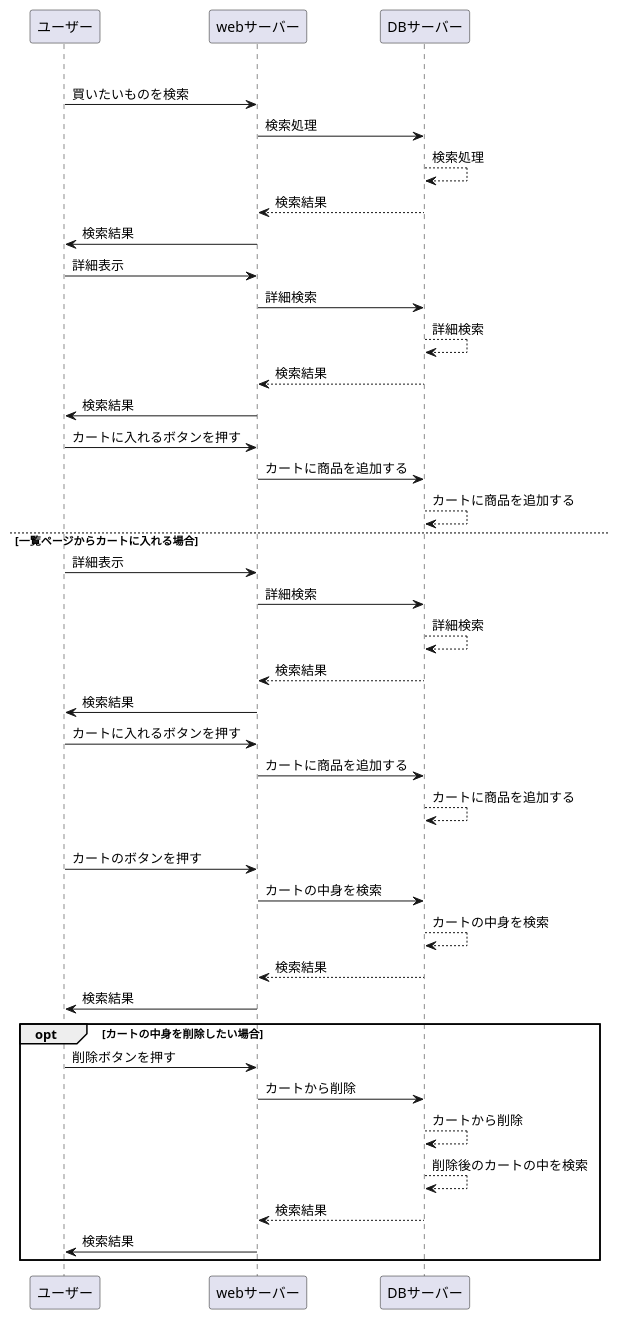
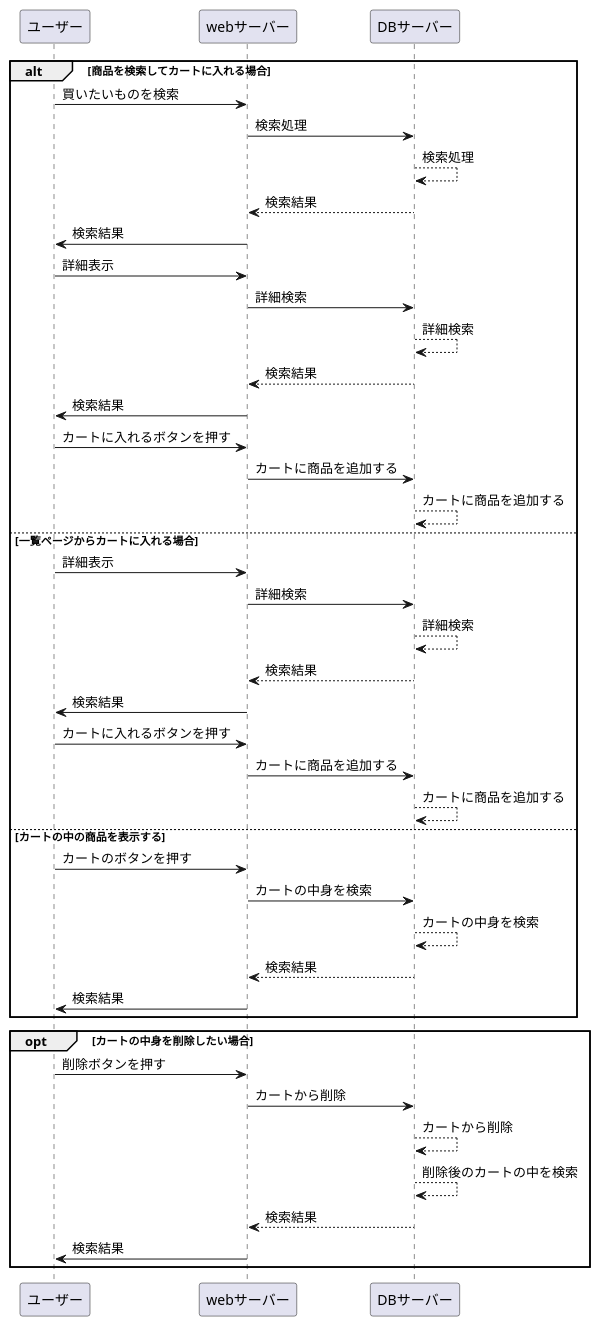
Before and after one commit to Aso2001148/2021sys-design: the diagram in sample-flow.md, drawn with PlantUML.

````diff
--- a/sample-flow.md
+++ b/sample-flow.md
@@ -1,43 +1,44 @@
 ```uml
 @startuml
 alt 商品を検索してカートに入れる場合
 ユーザー -> webサーバー : 買いたいものを検索
 webサーバー -> DBサーバー: 検索処理
 DBサーバー --> DBサーバー : 検索処理
 DBサーバー --> webサーバー: 検索結果
 webサーバー -> ユーザー :検索結果
 ユーザー -> webサーバー : 詳細表示
 webサーバー -> DBサーバー: 詳細検索
 DBサーバー --> DBサーバー : 詳細検索
 DBサーバー --> webサーバー: 検索結果
 webサーバー -> ユーザー :検索結果
 ユーザー -> webサーバー : カートに入れるボタンを押す
 webサーバー -> DBサーバー: カートに商品を追加する
 DBサーバー --> DBサーバー : カートに商品を追加する
 
 else 一覧ページからカートに入れる場合
 ユーザー -> webサーバー : 詳細表示
 webサーバー -> DBサーバー: 詳細検索
 DBサーバー --> DBサーバー : 詳細検索
 DBサーバー --> webサーバー: 検索結果
 webサーバー -> ユーザー :検索結果
 ユーザー -> webサーバー : カートに入れるボタンを押す
 webサーバー -> DBサーバー: カートに商品を追加する
 DBサーバー --> DBサーバー : カートに商品を追加する
 
 else カートの中の商品を表示する
 ユーザー -> webサーバー : カートのボタンを押す
 webサーバー -> DBサーバー: カートの中身を検索
 DBサーバー --> DBサーバー : カートの中身を検索
 DBサーバー --> webサーバー: 検索結果
 webサーバー -> ユーザー :検索結果
+end
 opt カートの中身を削除したい場合
 ユーザー -> webサーバー : 削除ボタンを押す
 webサーバー -> DBサーバー: カートから削除
 DBサーバー --> DBサーバー : カートから削除
 DBサーバー --> DBサーバー : 削除後のカートの中を検索
 DBサーバー --> webサーバー: 検索結果
 webサーバー -> ユーザー :検索結果
 end
 @enduml
 ```
````
